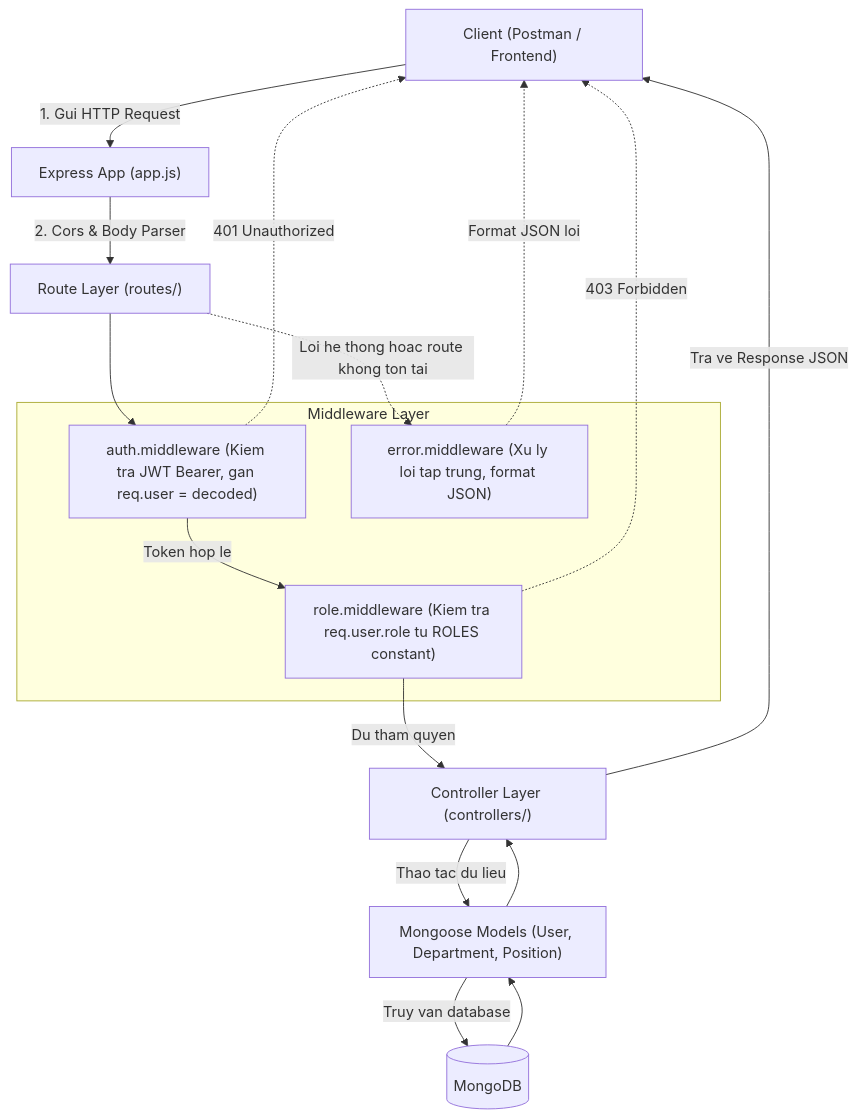
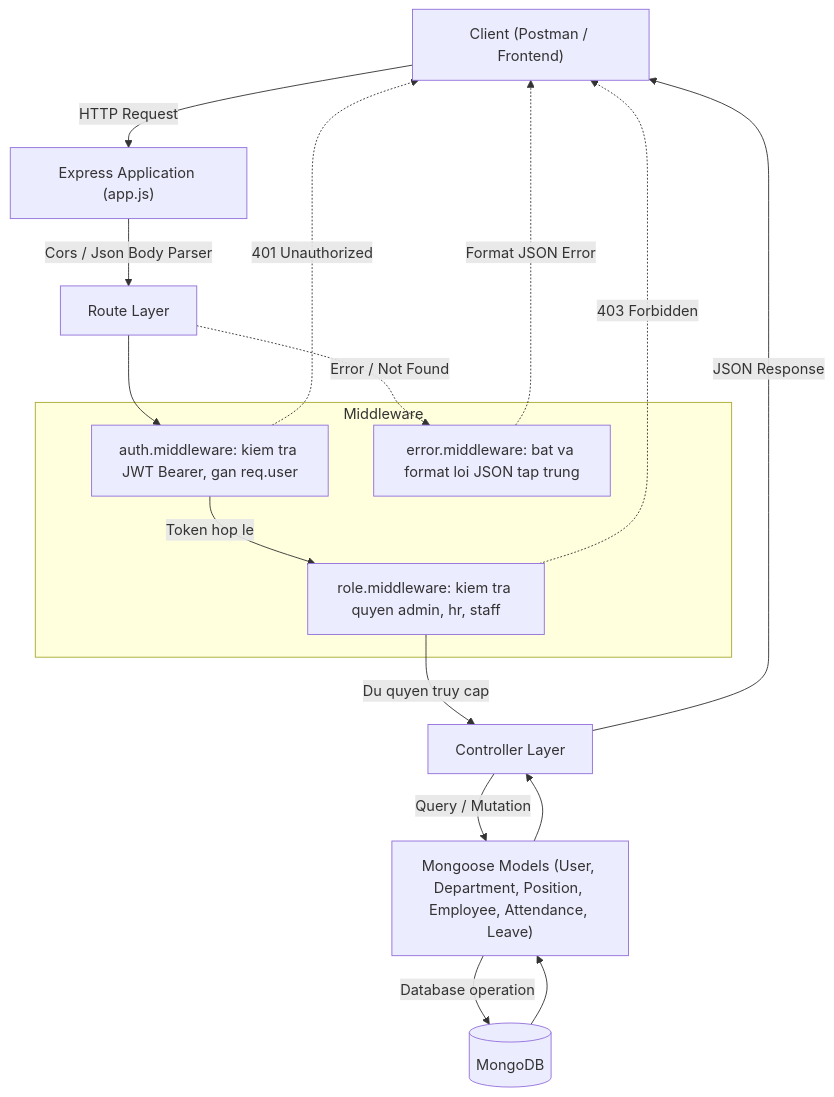
Before and after one commit to DuongNAD/NodeJS_Learning: the diagram in 08-09-2026/README.md, drawn with Mermaid. The commit also changed other lines of this file and 32 other files, not shown here.

````diff
--- a/08-09-2026/README.md
+++ b/08-09-2026/README.md
@@ -11,28 +9,28 @@
 ```mermaid
 flowchart TD
     Client["Client (Postman / Frontend)"]
-    -->|"1. Gui HTTP Request"| App["Express App (app.js)"]
-    -->|"2. Cors & Body Parser"| Router["Route Layer (routes/)"]
-    
-    subgraph Middlewares ["Middleware Layer"]
-        AuthMid["auth.middleware (Kiem tra JWT Bearer, gan req.user = decoded)"]
-        RoleMid["role.middleware (Kiem tra req.user.role tu ROLES constant)"]
-        ErrorMid["error.middleware (Xu ly loi tap trung, format JSON)"]
+    -->|"HTTP Request"| App["Express Application (app.js)"]
+    -->|"Cors / Json Body Parser"| Router["Route Layer"]
+
+    subgraph MiddlewareLayer ["Middleware"]
+        AuthMid["auth.middleware: kiem tra JWT Bearer, gan req.user"]
+        RoleMid["role.middleware: kiem tra quyen admin, hr, staff"]
+        ErrorMid["error.middleware: bat va format loi JSON tap trung"]
     end
 
     Router --> AuthMid
     AuthMid -->|"Token hop le"| RoleMid
-    RoleMid -->|"Du tham quyen"| Controller["Controller Layer (controllers/)"]
-    
+    RoleMid -->|"Du quyen truy cap"| Controller["Controller Layer"]
+
     AuthMid -.->|"401 Unauthorized"| Client
     RoleMid -.->|"403 Forbidden"| Client
 
-    Controller -->|"Thao tac du lieu"| Model["Mongoose Models (User, Department, Position)"]
-    Model -->|"Truy van database"| DB[("MongoDB")]
+    Controller -->|"Query / Mutation"| Model["Mongoose Models (User, Department, Position, Employee, Attendance, Leave)"]
+    Model -->|"Database operation"| DB[("MongoDB")]
     DB --> Model
     Model --> Controller
-    Controller -->|"Tra ve Response JSON"| Client
-    
-    Router -.->|"Loi he thong hoac route khong ton tai"| ErrorMid
-    ErrorMid -.->|"Format JSON loi"| Client
+    Controller -->|"JSON Response"| Client
+
+    Router -.->|"Error / Not Found"| ErrorMid
+    ErrorMid -.->|"Format JSON Error"| Client
 ```
````
